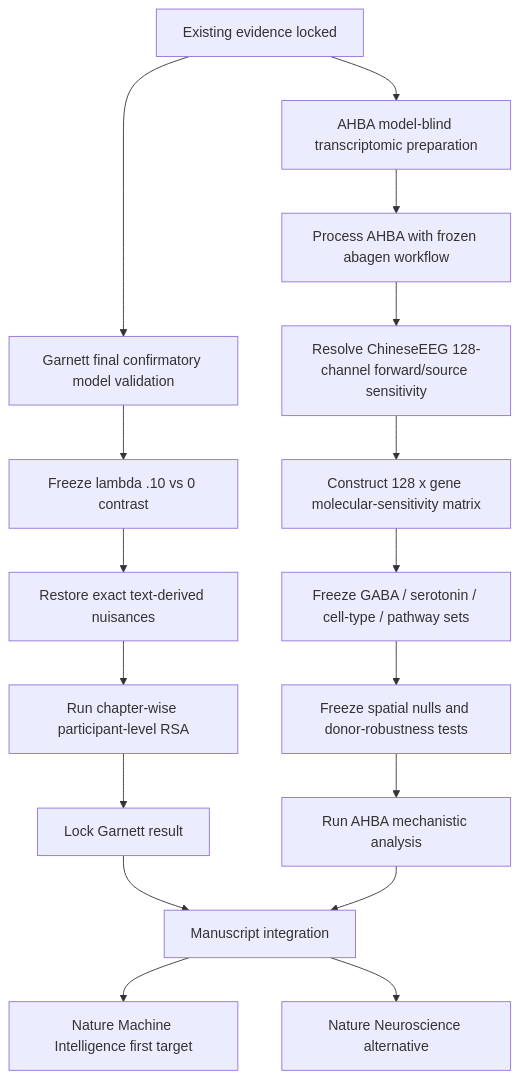
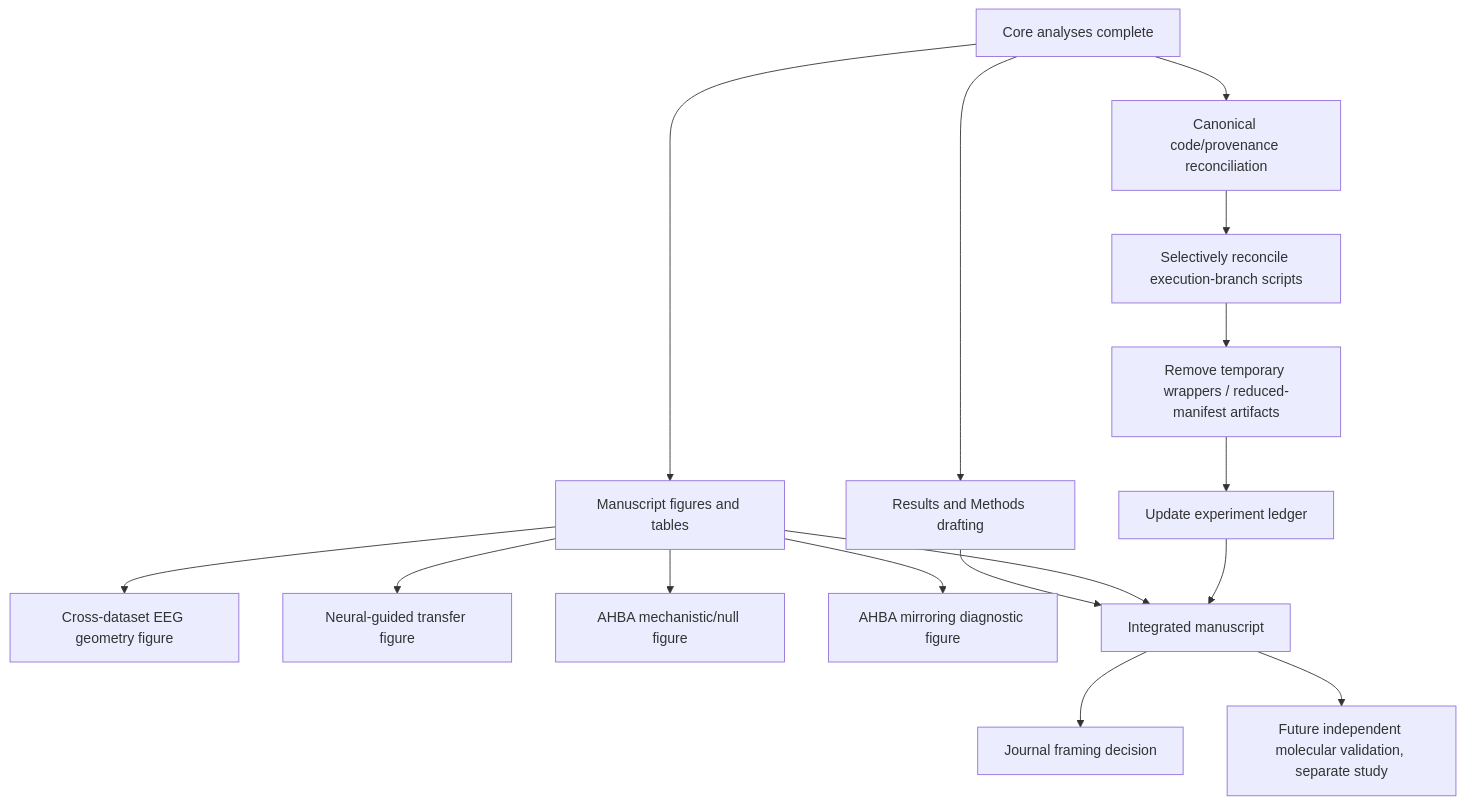
One commit to vafaei-ar/NeuroSem changed the diagram in docs/5_CURRENT_ROADMAP.md. Above: the diagram before and after it, drawn with Mermaid. The commit also changed other lines of this file, not shown here.

Commit message:
Shift roadmap from analysis expansion to consolidation

````diff
--- a/docs/5_CURRENT_ROADMAP.md
+++ b/docs/5_CURRENT_ROADMAP.md
@@ -22,22 +22,22 @@
 ```mermaid
 flowchart TD
-    A[Existing evidence locked] --> B[Garnett final confirmatory model validation]
-    A --> C[AHBA model-blind transcriptomic preparation]
+    A[Core analyses complete] --> B[Canonical code/provenance reconciliation]
+    A --> C[Manuscript figures and tables]
+    A --> D[Results and Methods drafting]
 
-    B --> B1[Freeze lambda .10 vs 0 contrast]
-    B1 --> B2[Restore exact text-derived nuisances]
-    B2 --> B3[Run chapter-wise participant-level RSA]
-    B3 --> B4[Lock Garnett result]
+    B --> B1[Selectively reconcile execution-branch scripts]
+    B1 --> B2[Remove temporary wrappers / reduced-manifest artifacts]
+    B2 --> B3[Update experiment ledger]
 
-    C --> C1[Process AHBA with frozen abagen workflow]
-    C1 --> C2[Resolve ChineseEEG 128-channel forward/source sensitivity]
-    C2 --> C3[Construct 128 x gene molecular-sensitivity matrix]
-    C3 --> C4[Freeze GABA / serotonin / cell-type / pathway sets]
-    C4 --> C5[Freeze spatial nulls and donor-robustness tests]
-    C5 --> C6[Run AHBA mechanistic analysis]
+    C --> C1[Cross-dataset EEG geometry figure]
+    C --> C2[Neural-guided transfer figure]
+    C --> C3[AHBA mechanistic/null figure]
+    C --> C4[AHBA mirroring diagnostic figure]
 
-    B4 --> D[Manuscript integration]
-    C6 --> D
-    D --> E[Nature Machine Intelligence first target]
-    D --> F[Nature Neuroscience alternative]
+    D --> E[Integrated manuscript]
+    C --> E
+    B3 --> E
+
+    E --> F[Journal framing decision]
+    E --> G[Future independent molecular validation, separate study]
 ```
````
